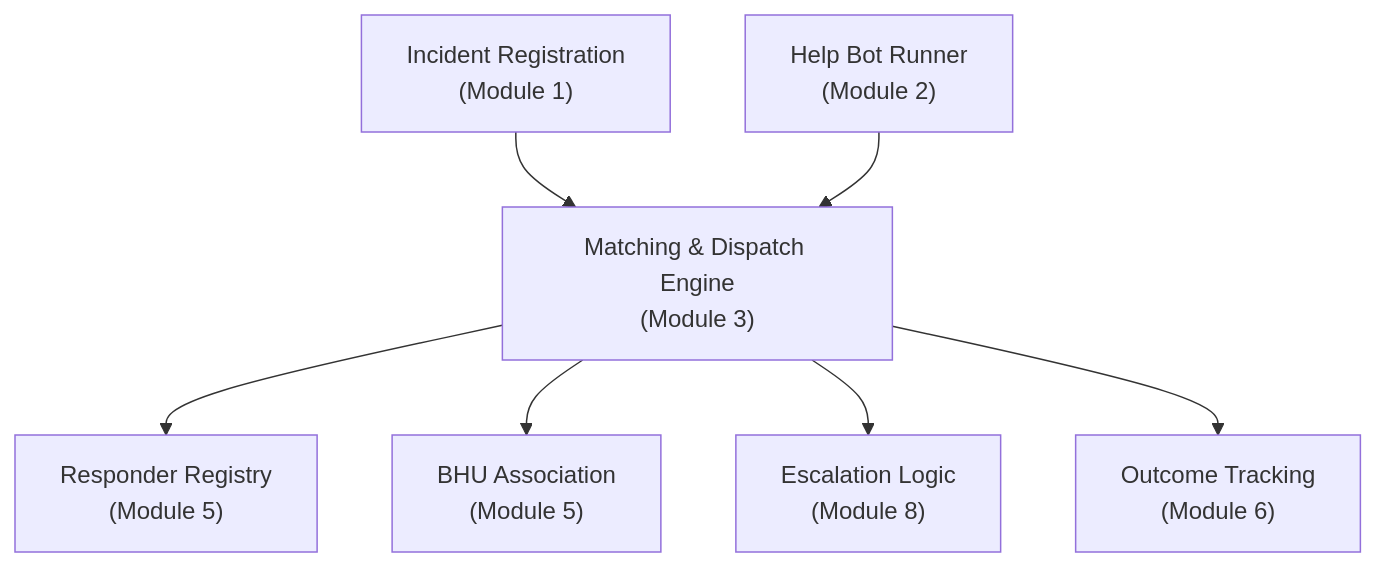
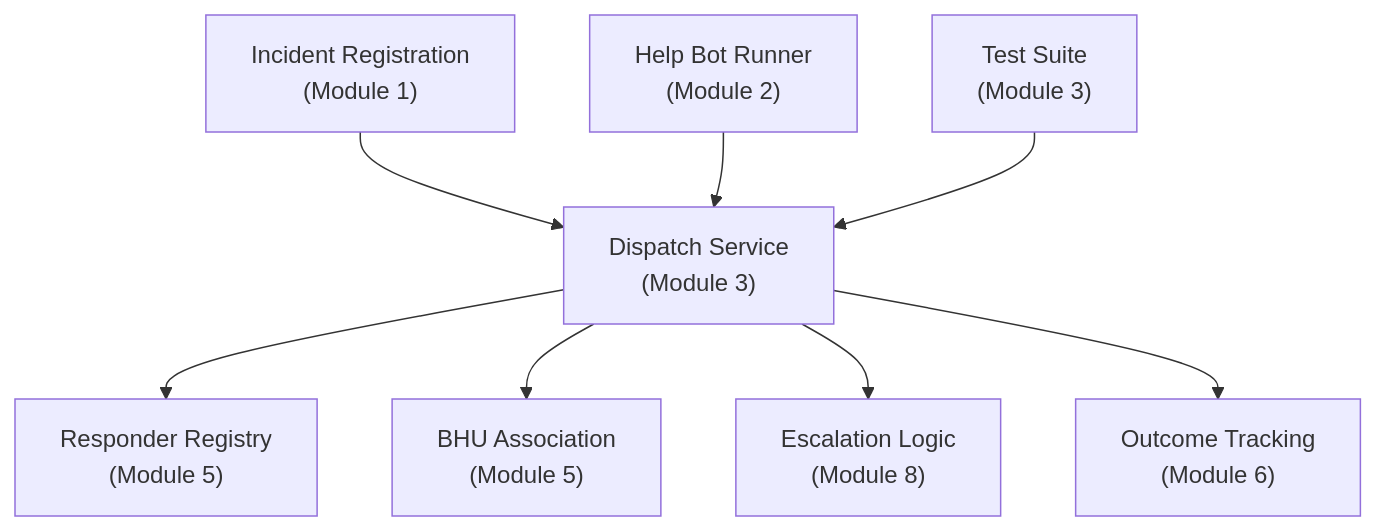
One commit to M-Rumman/LifeLine-Ride changed the first of 8 diagrams in .qoder/repowiki/en/content/Matching & Dispatch Engine.md. Above: the diagram before and after it, drawn with Mermaid. The commit also changed other lines of this file and 46 other files, not shown here.

````diff
--- a/.qoder/repowiki/en/content/Matching & Dispatch Engine.md
+++ b/.qoder/repowiki/en/content/Matching & Dispatch Engine.md
@@ -46,9 +61,10 @@
 ```mermaid
 graph TB
-A["Incident Registration<br/>(Module 1)"] --> B["Matching & Dispatch Engine<br/>(Module 3)"]
+A["Incident Registration<br/>(Module 1)"] --> B["Dispatch Service<br/>(Module 3)"]
 B --> C["Responder Registry<br/>(Module 5)"]
 B --> D["BHU Association<br/>(Module 5)"]
 B --> E["Escalation Logic<br/>(Module 8)"]
 B --> F["Outcome Tracking<br/>(Module 6)"]
 G["Help Bot Runner<br/>(Module 2)"] --> B
+H["Test Suite<br/>(Module 3)"] --> B
 ```
````
